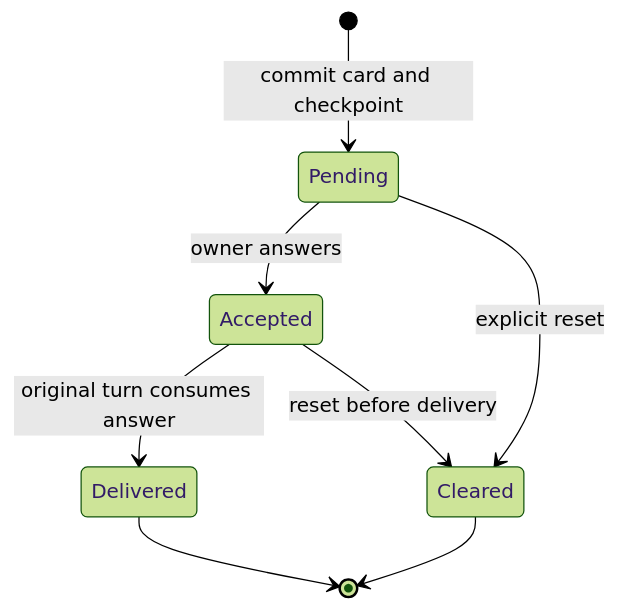
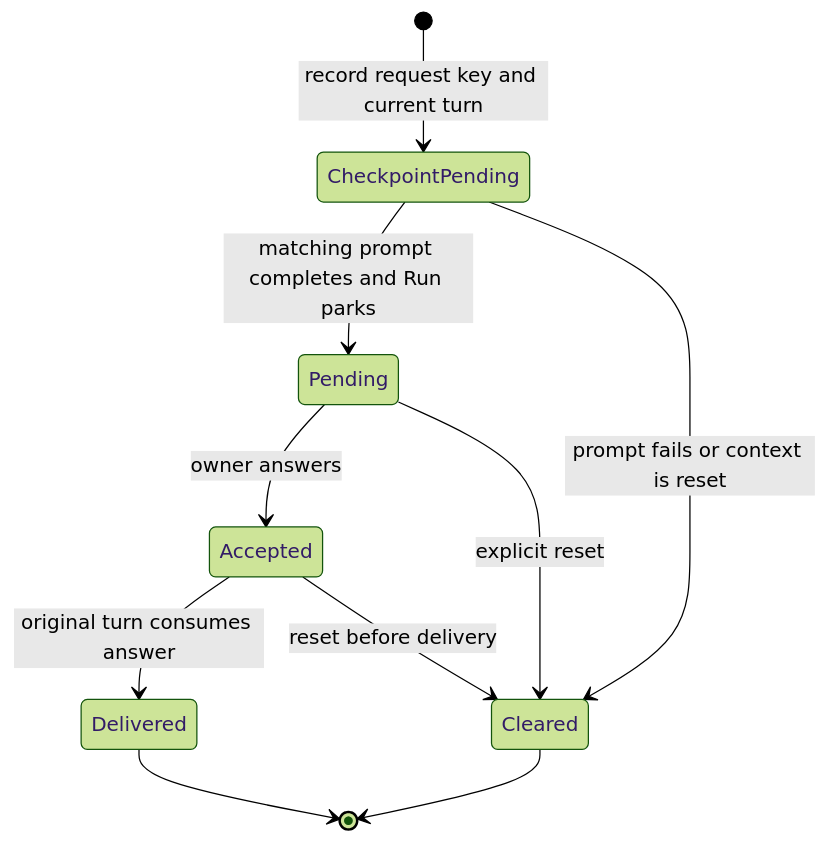
Before and after one commit to maister-dev/maister: the eighth of 8 diagrams in docs/system-analytics/librarian-conversation.md, drawn with Mermaid (forest theme). The commit also changed other lines of this file and 50 other files, not shown here.

````diff
--- a/docs/system-analytics/librarian-conversation.md
+++ b/docs/system-analytics/librarian-conversation.md
@@ -223,10 +223,12 @@
 ```mermaid
 stateDiagram-v2
-  [*] --> Pending: commit card and checkpoint
+  [*] --> CheckpointPending: record request key and current turn
+  CheckpointPending --> Pending: matching prompt completes and Run parks
+  CheckpointPending --> Cleared: prompt fails or context is reset
   Pending --> Accepted: owner answers
   Accepted --> Delivered: original turn consumes answer
   Pending --> Cleared: explicit reset
   Accepted --> Cleared: reset before delivery
   Delivered --> [*]
   Cleared --> [*]
 ```
````
